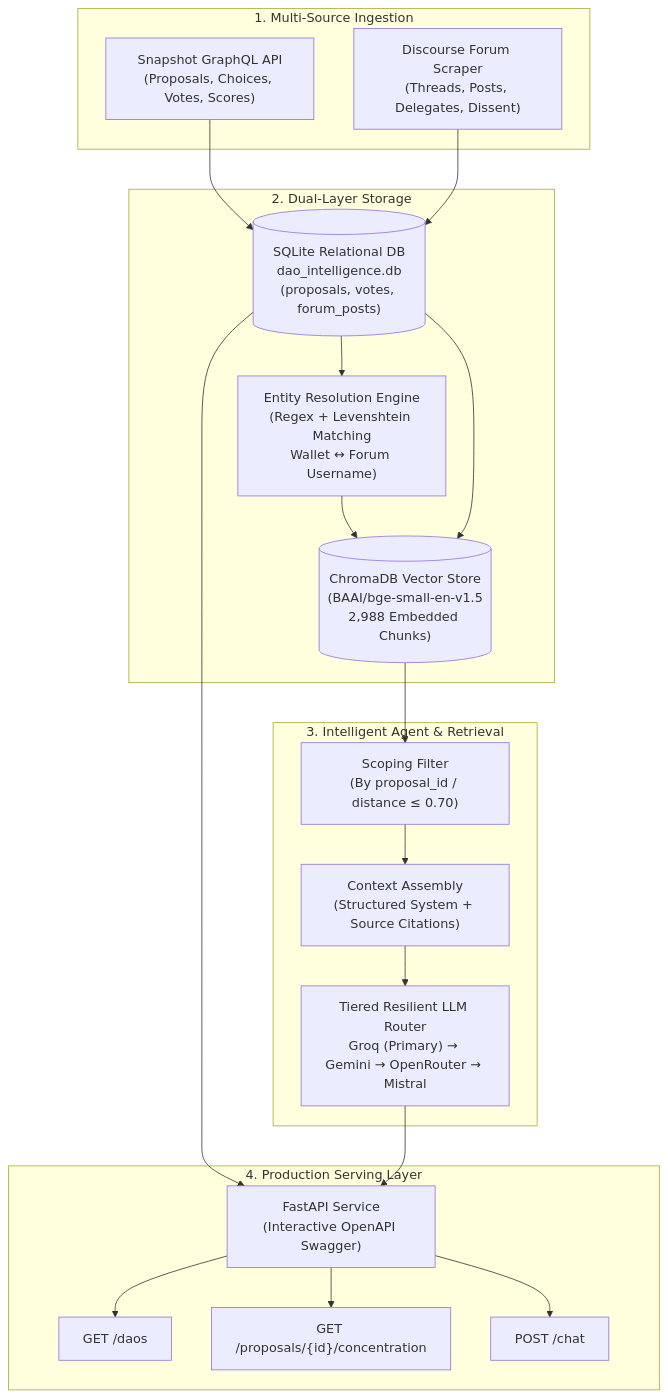
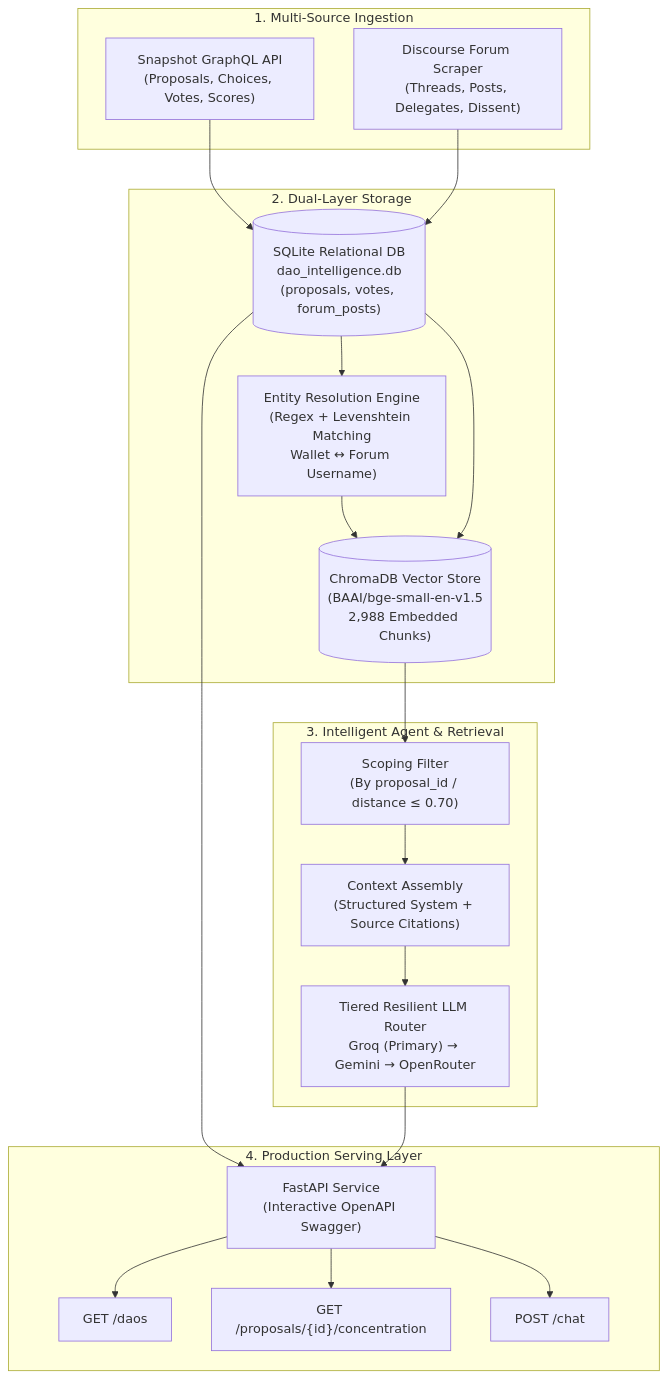
Before and after one commit to Rakshitgoyal770/DOA-BACKEND: the diagram in README.md, drawn with Mermaid. The commit also changed other lines of this file and 6 other files, not shown here.

First line of the commit message:
chore: remove Mistral as an LLM provider

````diff
--- a/README.md
+++ b/README.md
@@ -59,37 +59,37 @@
 ```mermaid
 flowchart TD
     subgraph Ingestion ["1. Multi-Source Ingestion"]
         SNAP["Snapshot GraphQL API<br/>(Proposals, Choices, Votes, Scores)"]
         DISC["Discourse Forum Scraper<br/>(Threads, Posts, Delegates, Dissent)"]
     end
 
     subgraph Storage ["2. Dual-Layer Storage"]
         SQL[("SQLite Relational DB<br/>dao_intelligence.db<br/>(proposals, votes, forum_posts)")]
         RESOLV["Entity Resolution Engine<br/>(Regex + Levenshtein Matching<br/>Wallet &harr; Forum Username)"]
         CHROMA[("ChromaDB Vector Store<br/>(BAAI/bge-small-en-v1.5<br/>2,988 Embedded Chunks)")]
     end
 
     subgraph Engine ["3. Intelligent Agent & Retrieval"]
         FILTER["Scoping Filter<br/>(By proposal_id / distance &le; 0.70)"]
         PROMPT["Context Assembly<br/>(Structured System + Source Citations)"]
-        LLM["Tiered Resilient LLM Router<br/>Groq (Primary) &rarr; Gemini &rarr; OpenRouter &rarr; Mistral"]
+        LLM["Tiered Resilient LLM Router<br/>Groq (Primary) &rarr; Gemini &rarr; OpenRouter"]
     end
 
     subgraph API ["4. Production Serving Layer"]
         FAST["FastAPI Service<br/>(Interactive OpenAPI Swagger)"]
         C1["GET /daos"]
         C2["GET /proposals/{id}/concentration"]
         C3["POST /chat"]
     end
 
     SNAP --> SQL
     DISC --> SQL
     SQL --> RESOLV --> CHROMA
     SQL --> CHROMA
     CHROMA --> FILTER --> PROMPT --> LLM
     SQL --> FAST
     LLM --> FAST
     FAST --> C1
     FAST --> C2
     FAST --> C3
 ```
````
